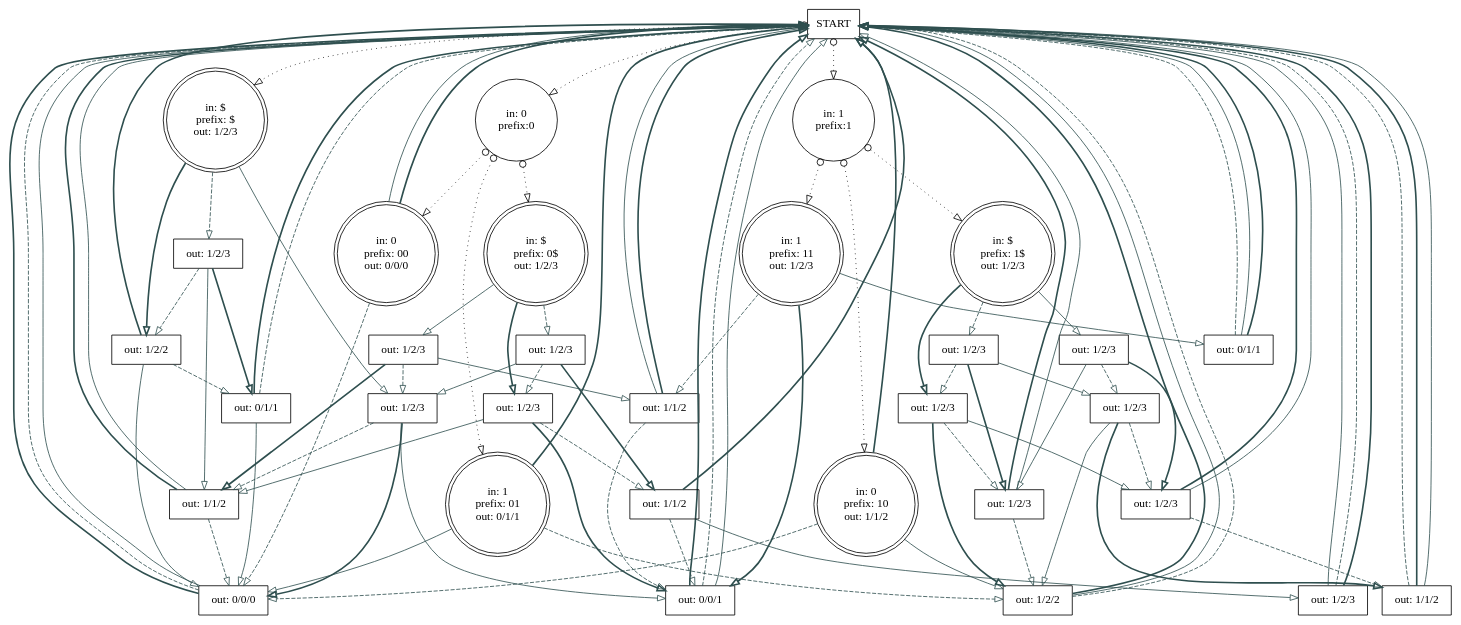
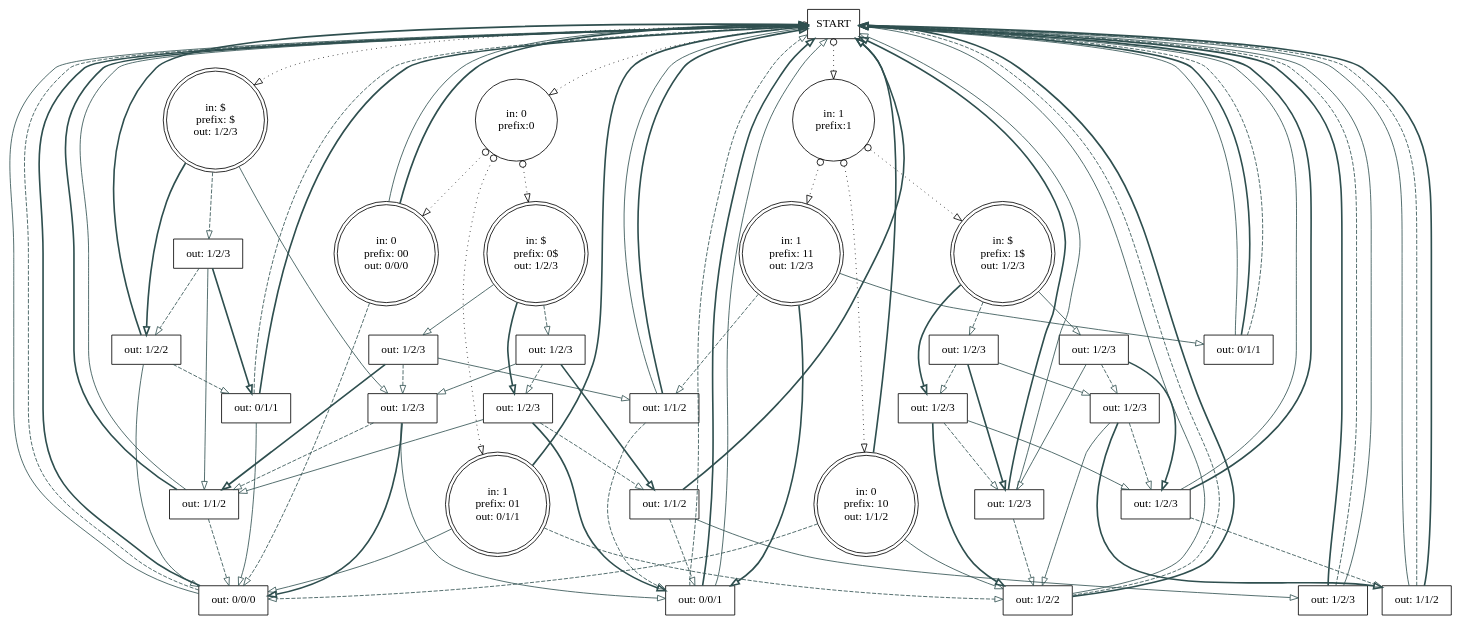
The diagram in doc/eof2.dot (ihh/dnastore), drawn with Graphviz before and after one commit. The commit also changed other lines of this file and 9 other files, not shown here.

```diff
--- a/doc/eof2.dot
+++ b/doc/eof2.dot
@@ -1,130 +1,130 @@
 digraph G {
  S [style=solid;shape=box;label="START"];
  P0 [style=solid;shape=circle;label="in: 0\nprefix:0"];
  P1 [style=solid;shape=circle;label="in: 1\nprefix:1"];
  Wx [style=solid;shape=doublecircle;label="in: $\nprefix: $\nout: 1/2/3"];
  W00 [style=solid;shape=doublecircle;label="in: 0\nprefix: 00\nout: 0/0/0"];
  W01 [style=solid;shape=doublecircle;label="in: 1\nprefix: 01\nout: 0/1/1"];
  W0x [style=solid;shape=doublecircle;label="in: $\nprefix: 0$\nout: 1/2/3"];
  W10 [style=solid;shape=doublecircle;label="in: 0\nprefix: 10\nout: 1/1/2"];
  W11 [style=solid;shape=doublecircle;label="in: 1\nprefix: 11\nout: 1/2/3"];
  W1x [style=solid;shape=doublecircle;label="in: $\nprefix: 1$\nout: 1/2/3"];
  C1 [style=solid;shape=box;label="out: 0/0/0"];
  C2 [style=solid;shape=box;label="out: 1/2/2"];
  C3 [style=solid;shape=box;label="out: 1/1/2"];
  C4 [style=solid;shape=box;label="out: 0/1/1"];
  C5 [style=solid;shape=box;label="out: 0/0/1"];
  C6 [style=solid;shape=box;label="out: 1/2/3"];
  C7 [style=solid;shape=box;label="out: 1/2/3"];
  C8 [style=solid;shape=box;label="out: 1/2/2"];
  C9 [style=solid;shape=box;label="out: 1/1/2"];
  C10 [style=solid;shape=box;label="out: 0/1/1"];
  C11 [style=solid;shape=box;label="out: 1/2/3"];
  C12 [style=solid;shape=box;label="out: 1/2/3"];
  C13 [style=solid;shape=box;label="out: 1/2/3"];
  C14 [style=solid;shape=box;label="out: 1/1/2"];
  C15 [style=solid;shape=box;label="out: 1/2/3"];
  C16 [style=solid;shape=box;label="out: 1/2/3"];
  C17 [style=solid;shape=box;label="out: 1/2/3"];
  C18 [style=solid;shape=box;label="out: 1/2/3"];
  C19 [style=solid;shape=box;label="out: 1/2/3"];
  C20 [style=solid;shape=box;label="out: 1/2/3"];
  C21 [style=solid;shape=box;label="out: 1/2/3"];
  C22 [style=solid;shape=box;label="out: 1/1/2"];
+ S -> Wx [style=dotted;color=black;dir=both;arrowtail=odot;arrowhead=empty;];
+ S -> P0 [style=dotted;color=black;dir=both;arrowtail=odot;arrowhead=empty;];
  S -> P1 [style=dotted;color=black;dir=both;arrowtail=odot;arrowhead=empty;];
- S -> P0 [style=dotted;color=black;dir=both;arrowtail=odot;arrowhead=empty;];
- S -> Wx [style=dotted;color=black;dir=both;arrowtail=odot;arrowhead=empty;];
+ P0 -> W01 [style=dotted;color=black;dir=both;arrowtail=odot;arrowhead=empty;];
+ P0 -> W0x [style=dotted;color=black;dir=both;arrowtail=odot;arrowhead=empty;];
  P0 -> W00 [style=dotted;color=black;dir=both;arrowtail=odot;arrowhead=empty;];
- P0 -> W0x [style=dotted;color=black;dir=both;arrowtail=odot;arrowhead=empty;];
- P0 -> W01 [style=dotted;color=black;dir=both;arrowtail=odot;arrowhead=empty;];
  P1 -> W10 [style=dotted;color=black;dir=both;arrowtail=odot;arrowhead=empty;];
  P1 -> W1x [style=dotted;color=black;dir=both;arrowtail=odot;arrowhead=empty;];
  P1 -> W11 [style=dotted;color=black;dir=both;arrowtail=odot;arrowhead=empty;];
  Wx -> C7 [style=solid;color=darkslategray;arrowhead=empty;];
  Wx -> C6 [style=dashed;color=darkslategray;arrowhead=empty;];
  Wx -> C8 [style=bold;color=darkslategray;arrowhead=empty;];
  W00 -> S [style=solid;color=darkslategray;arrowhead=empty;];
  W00 -> C1 [style=dashed;color=darkslategray;arrowhead=empty;];
  W00 -> S [style=bold;color=darkslategray;arrowhead=empty;];
+ W01 -> C2 [style=dashed;color=darkslategray;arrowhead=empty;];
+ W01 -> S [style=bold;color=darkslategray;arrowhead=empty;];
  W01 -> C1 [style=solid;color=darkslategray;arrowhead=empty;];
- W01 -> S [style=bold;color=darkslategray;arrowhead=empty;];
- W01 -> C2 [style=dashed;color=darkslategray;arrowhead=empty;];
+ W0x -> C13 [style=bold;color=darkslategray;arrowhead=empty;];
  W0x -> C12 [style=solid;color=darkslategray;arrowhead=empty;];
- W0x -> C13 [style=bold;color=darkslategray;arrowhead=empty;];
  W0x -> C11 [style=dashed;color=darkslategray;arrowhead=empty;];
  W10 -> C1 [style=dashed;color=darkslategray;arrowhead=empty;];
  W10 -> C2 [style=solid;color=darkslategray;arrowhead=empty;];
  W10 -> S [style=bold;color=darkslategray;arrowhead=empty;];
- W11 -> C5 [style=bold;color=darkslategray;arrowhead=empty;];
  W11 -> C3 [style=dashed;color=darkslategray;arrowhead=empty;];
  W11 -> C4 [style=solid;color=darkslategray;arrowhead=empty;];
+ W11 -> C5 [style=bold;color=darkslategray;arrowhead=empty;];
+ W1x -> C16 [style=dashed;color=darkslategray;arrowhead=empty;];
  W1x -> C17 [style=solid;color=darkslategray;arrowhead=empty;];
  W1x -> C18 [style=bold;color=darkslategray;arrowhead=empty;];
- W1x -> C16 [style=dashed;color=darkslategray;arrowhead=empty;];
+ C1 -> S [style=solid;color=darkslategray;arrowhead=empty;];
+ C1 -> S [style=dashed;color=darkslategray;arrowhead=empty;];
  C1 -> S [style=bold;color=darkslategray;arrowhead=empty;];
- C1 -> S [style=dashed;color=darkslategray;arrowhead=empty;];
- C1 -> S [style=solid;color=darkslategray;arrowhead=empty;];
- C2 -> S [style=bold;color=darkslategray;arrowhead=empty;];
  C2 -> S [style=solid;color=darkslategray;arrowhead=empty;];
  C2 -> S [style=dashed;color=darkslategray;arrowhead=empty;];
+ C2 -> S [style=bold;color=darkslategray;arrowhead=empty;];
+ C3 -> C5 [style=dashed;color=darkslategray;arrowhead=empty;];
  C3 -> S [style=solid;color=darkslategray;arrowhead=empty;];
  C3 -> S [style=bold;color=darkslategray;arrowhead=empty;];
- C3 -> C5 [style=dashed;color=darkslategray;arrowhead=empty;];
- C4 -> S [style=dashed;color=darkslategray;arrowhead=empty;];
  C4 -> S [style=solid;color=darkslategray;arrowhead=empty;];
  C4 -> S [style=bold;color=darkslategray;arrowhead=empty;];
+ C4 -> S [style=dashed;color=darkslategray;arrowhead=empty;];
+ C5 -> S [style=dashed;color=darkslategray;arrowhead=empty;];
  C5 -> S [style=bold;color=darkslategray;arrowhead=empty;];
- C5 -> S [style=dashed;color=darkslategray;arrowhead=empty;];
  C5 -> S [style=solid;color=darkslategray;arrowhead=empty;];
+ C6 -> C9 [style=solid;color=darkslategray;arrowhead=empty;];
  C6 -> C8 [style=dashed;color=darkslategray;arrowhead=empty;];
  C6 -> C10 [style=bold;color=darkslategray;arrowhead=empty;];
- C6 -> C9 [style=solid;color=darkslategray;arrowhead=empty;];
- C7 -> C1 [style=bold;color=darkslategray;arrowhead=empty;];
  C7 -> C9 [style=dashed;color=darkslategray;arrowhead=empty;];
  C7 -> C5 [style=solid;color=darkslategray;arrowhead=empty;];
+ C7 -> C1 [style=bold;color=darkslategray;arrowhead=empty;];
+ C8 -> C10 [style=dashed;color=darkslategray;arrowhead=empty;];
+ C8 -> C1 [style=solid;color=darkslategray;arrowhead=empty;];
  C8 -> S [style=bold;color=darkslategray;arrowhead=empty;];
- C8 -> C1 [style=solid;color=darkslategray;arrowhead=empty;];
- C8 -> C10 [style=dashed;color=darkslategray;arrowhead=empty;];
  C9 -> S [style=bold;color=darkslategray;arrowhead=empty;];
+ C9 -> C1 [style=dashed;color=darkslategray;arrowhead=empty;];
  C9 -> S [style=solid;color=darkslategray;arrowhead=empty;];
- C9 -> C1 [style=dashed;color=darkslategray;arrowhead=empty;];
+ C10 -> S [style=dashed;color=darkslategray;arrowhead=empty;];
+ C10 -> C1 [style=solid;color=darkslategray;arrowhead=empty;];
  C10 -> S [style=bold;color=darkslategray;arrowhead=empty;];
- C10 -> C1 [style=solid;color=darkslategray;arrowhead=empty;];
- C10 -> S [style=dashed;color=darkslategray;arrowhead=empty;];
+ C11 -> C14 [style=bold;color=darkslategray;arrowhead=empty;];
  C11 -> C13 [style=dashed;color=darkslategray;arrowhead=empty;];
- C11 -> C14 [style=bold;color=darkslategray;arrowhead=empty;];
  C11 -> C7 [style=solid;color=darkslategray;arrowhead=empty;];
+ C12 -> C7 [style=dashed;color=darkslategray;arrowhead=empty;];
  C12 -> C3 [style=solid;color=darkslategray;arrowhead=empty;];
- C12 -> C7 [style=dashed;color=darkslategray;arrowhead=empty;];
  C12 -> C9 [style=bold;color=darkslategray;arrowhead=empty;];
  C13 -> C5 [style=bold;color=darkslategray;arrowhead=empty;];
  C13 -> C14 [style=dashed;color=darkslategray;arrowhead=empty;];
  C13 -> C9 [style=solid;color=darkslategray;arrowhead=empty;];
+ C14 -> S [style=bold;color=darkslategray;arrowhead=empty;];
  C14 -> C5 [style=dashed;color=darkslategray;arrowhead=empty;];
- C14 -> S [style=bold;color=darkslategray;arrowhead=empty;];
  C14 -> C15 [style=solid;color=darkslategray;arrowhead=empty;];
+ C15 -> S [style=bold;color=darkslategray;arrowhead=empty;];
+ C15 -> S [style=dashed;color=darkslategray;arrowhead=empty;];
  C15 -> S [style=solid;color=darkslategray;arrowhead=empty;];
- C15 -> S [style=dashed;color=darkslategray;arrowhead=empty;];
- C15 -> S [style=bold;color=darkslategray;arrowhead=empty;];
- C16 -> C20 [style=bold;color=darkslategray;arrowhead=empty;];
  C16 -> C18 [style=dashed;color=darkslategray;arrowhead=empty;];
  C16 -> C19 [style=solid;color=darkslategray;arrowhead=empty;];
+ C16 -> C20 [style=bold;color=darkslategray;arrowhead=empty;];
+ C17 -> C21 [style=bold;color=darkslategray;arrowhead=empty;];
  C17 -> C19 [style=dashed;color=darkslategray;arrowhead=empty;];
- C17 -> C21 [style=bold;color=darkslategray;arrowhead=empty;];
  C17 -> C20 [style=solid;color=darkslategray;arrowhead=empty;];
  C18 -> C21 [style=solid;color=darkslategray;arrowhead=empty;];
+ C18 -> C20 [style=dashed;color=darkslategray;arrowhead=empty;];
  C18 -> C2 [style=bold;color=darkslategray;arrowhead=empty;];
- C18 -> C20 [style=dashed;color=darkslategray;arrowhead=empty;];
- C19 -> C2 [style=solid;color=darkslategray;arrowhead=empty;];
  C19 -> C22 [style=bold;color=darkslategray;arrowhead=empty;];
  C19 -> C21 [style=dashed;color=darkslategray;arrowhead=empty;];
+ C19 -> C2 [style=solid;color=darkslategray;arrowhead=empty;];
  C20 -> S [style=bold;color=darkslategray;arrowhead=empty;];
+ C20 -> S [style=solid;color=darkslategray;arrowhead=empty;];
  C20 -> C2 [style=dashed;color=darkslategray;arrowhead=empty;];
- C20 -> S [style=solid;color=darkslategray;arrowhead=empty;];
+ C21 -> S [style=solid;color=darkslategray;arrowhead=empty;];
+ C21 -> C22 [style=dashed;color=darkslategray;arrowhead=empty;];
  C21 -> S [style=bold;color=darkslategray;arrowhead=empty;];
- C21 -> C22 [style=dashed;color=darkslategray;arrowhead=empty;];
- C21 -> S [style=solid;color=darkslategray;arrowhead=empty;];
+ C22 -> S [style=solid;color=darkslategray;arrowhead=empty;];
  C22 -> S [style=dashed;color=darkslategray;arrowhead=empty;];
  C22 -> S [style=bold;color=darkslategray;arrowhead=empty;];
- C22 -> S [style=solid;color=darkslategray;arrowhead=empty;];
 }
```
